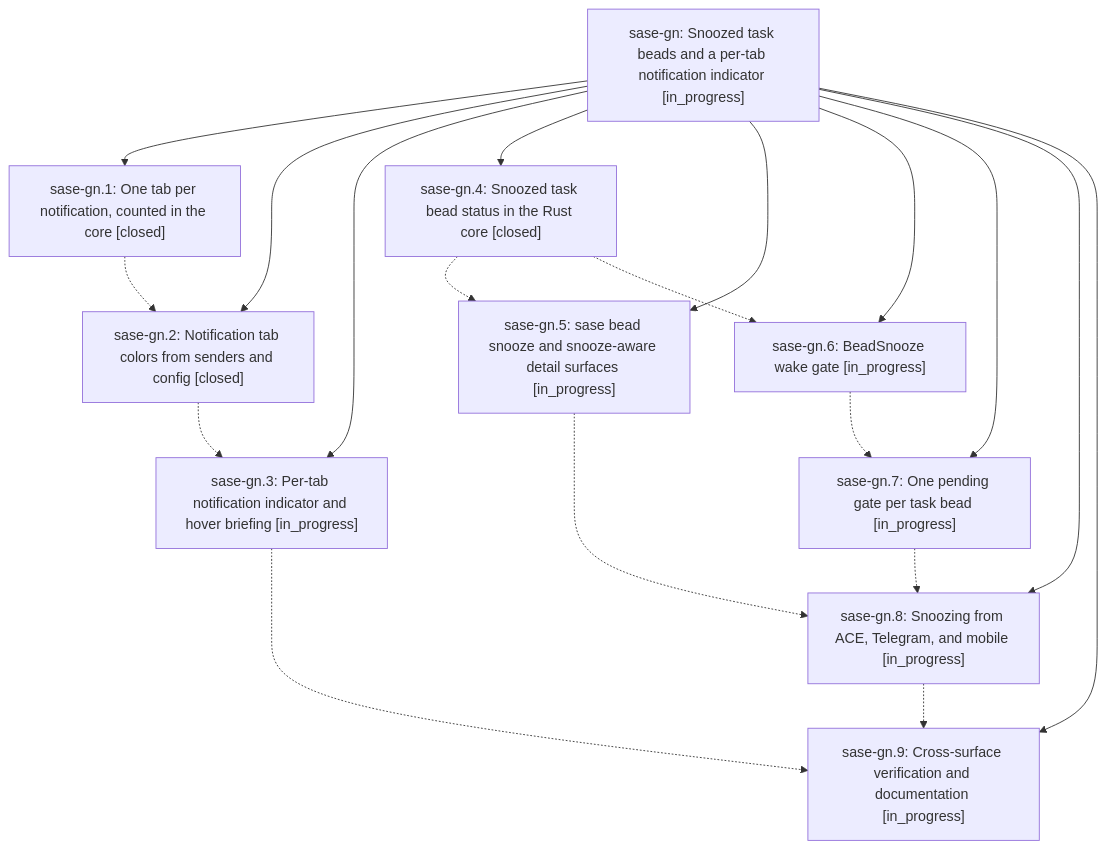
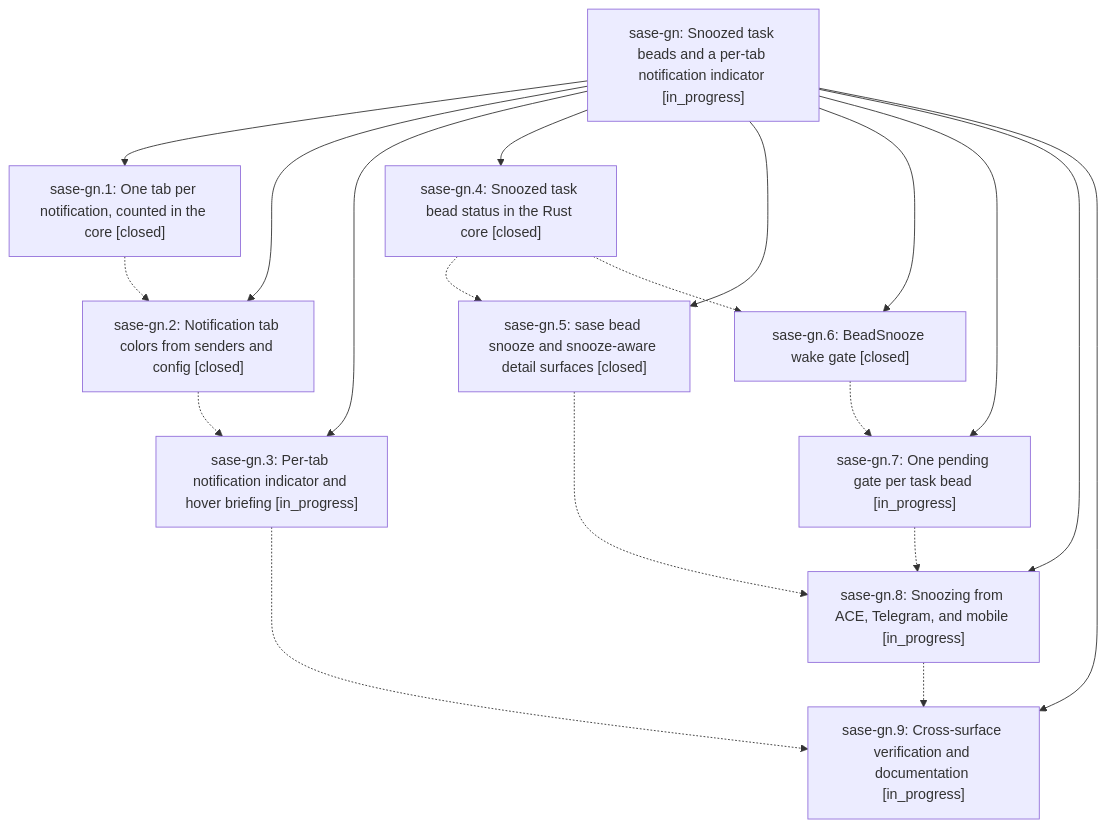
The diagram in pages/sase-gn/README.md (sase-org/sase--beads), drawn with Mermaid before and after one commit. The commit also changed other lines of this file and 6 other files, not shown here.

First line of the commit message:
chore(beads): sync bead state and pages for sase-gn

````diff
--- a/pages/sase-gn/README.md
+++ b/pages/sase-gn/README.md
@@ -30,31 +30,31 @@
 ```mermaid
 flowchart TD
     n0["sase-gn: Snoozed task beads and a per-tab notification indicator [in_progress]"]
     n1["sase-gn.1: One tab per notification, counted in the core [closed]"]
     n2["sase-gn.2: Notification tab colors from senders and config [closed]"]
     n3["sase-gn.3: Per-tab notification indicator and hover briefing [in_progress]"]
     n4["sase-gn.4: Snoozed task bead status in the Rust core [closed]"]
-    n5["sase-gn.5: sase bead snooze and snooze-aware detail surfaces [in_progress]"]
-    n6["sase-gn.6: BeadSnooze wake gate [in_progress]"]
+    n5["sase-gn.5: sase bead snooze and snooze-aware detail surfaces [closed]"]
+    n6["sase-gn.6: BeadSnooze wake gate [closed]"]
     n7["sase-gn.7: One pending gate per task bead [in_progress]"]
     n8["sase-gn.8: Snoozing from ACE, Telegram, and mobile [in_progress]"]
     n9["sase-gn.9: Cross-surface verification and documentation [in_progress]"]
     n0 --> n1
     n0 --> n2
     n0 --> n3
     n0 --> n4
     n0 --> n5
     n0 --> n6
     n0 --> n7
     n0 --> n8
     n0 --> n9
     n1 -.-> n2
     n2 -.-> n3
     n3 -.-> n9
     n4 -.-> n5
     n4 -.-> n6
     n5 -.-> n8
     n6 -.-> n7
     n7 -.-> n8
     n8 -.-> n9
 ```
````
